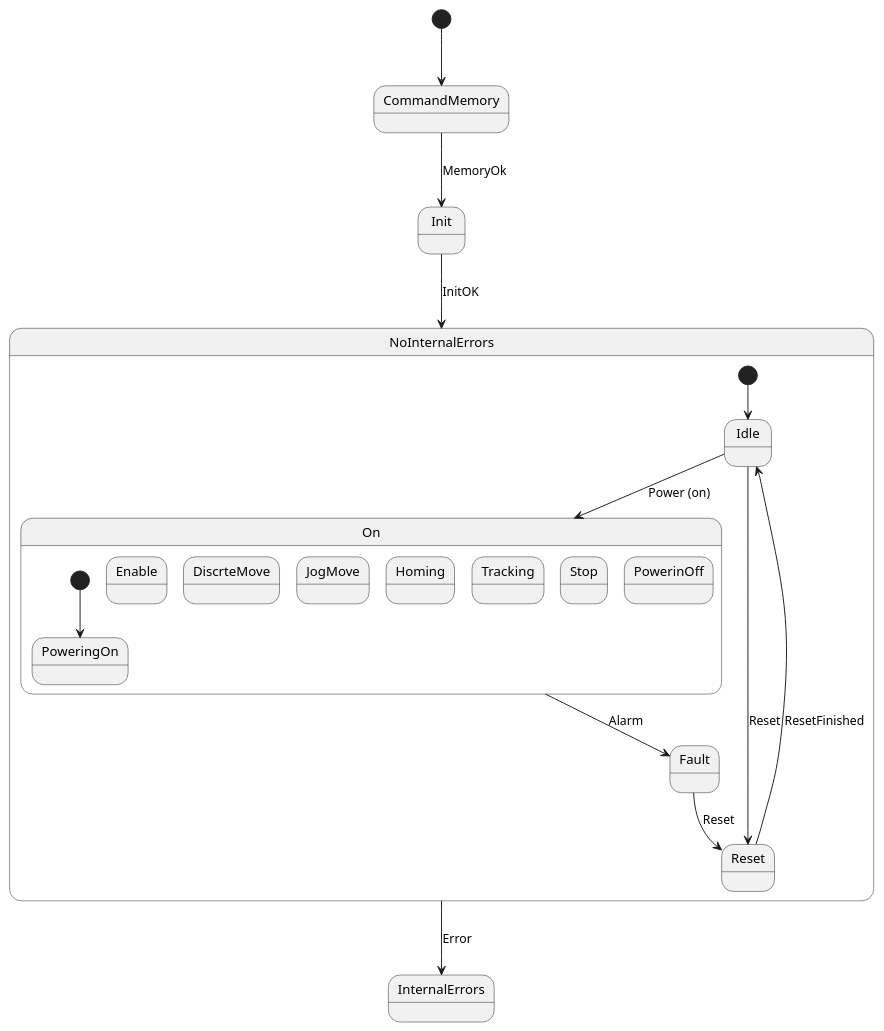
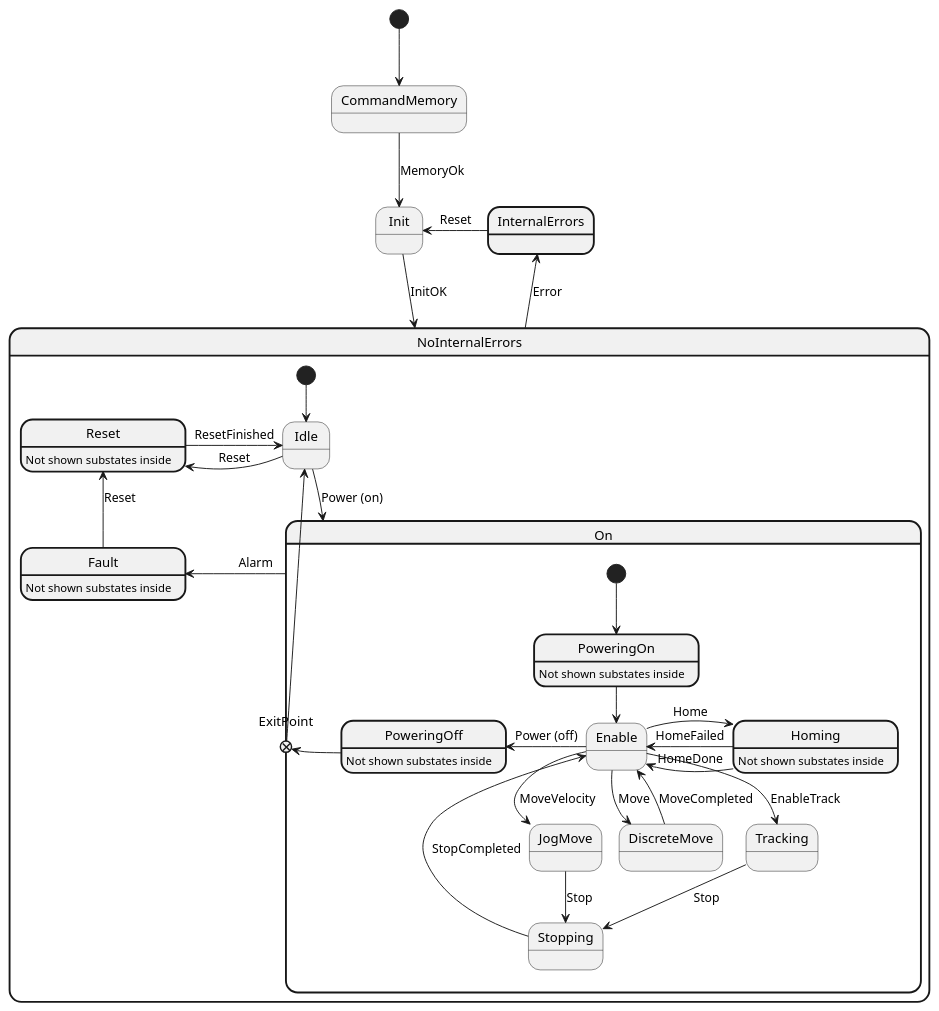
The first of 4 diagrams in 10 Subsystems Azimuth and Elevacion/04 State Machine.md (lsst-ts/ts_tma_tma-documentation_pxi-controller_documentation), drawn with PlantUML before and after one commit. The commit also changed other lines of this file, not shown here.

Commit message:
feat: state machine info for main axes
start documentation for state machine axes

````diff
--- a/10 Subsystems Azimuth and Elevacion/04 State Machine.md
+++ b/10 Subsystems Azimuth and Elevacion/04 State Machine.md
@@ -4,60 +4,65 @@
 ```plantuml
-
 @startuml
 
-state NoInternalErrors {
+state NoInternalErrors ##[bold]{
   
   state Idle  
-  state On {
-    state PoweringOn{
-
-    }
+  state On ##[bold] {
+    state PoweringOn ##[bold]
+    PoweringOn : Not shown substates inside
     state Enable
-    state DiscrteMove
+    state DiscreteMove
     state JogMove
-    state Homing
+    state Homing ##[bold]
+    Homing : Not shown substates inside
     state Tracking
-    state Stop
-    state PowerinOff{
-
-    }
+    state Stopping
+    state PoweringOff ##[bold]
+    PoweringOff : Not shown substates inside
+    state ExitPoint <<exitPoint>> 
     
-
-
     [*] --> PoweringOn
+    PoweringOn --> Enable
+    Enable --> DiscreteMove : Move
+    DiscreteMove --> Enable : MoveCompleted
+    Enable --> JogMove : MoveVelocity
+    JogMove --> Stopping : Stop
+    Stopping -left-> Enable : StopCompleted
+    Enable -right-> Homing : Home
+    Enable --> Tracking : EnableTrack
+    Homing -left-> Enable : HomeDone
+    Homing -left-> Enable : HomeFailed    
+    Tracking --> Stopping : Stop
+    Enable -left-> PoweringOff : Power (off)
+    PoweringOff -left-> ExitPoint
     
-
   }
-  state Fault {
-
-  }
-  state Reset{
-
-  }
+  state Fault ##[bold]
+  Fault : Not shown substates inside
+  state Reset##[bold]
+  Reset : Not shown substates inside
 
   [*] --> Idle
-  Idle --> On : Power (on)
-  On --> Fault : Alarm
-  Fault --> Reset : Reset
-  Idle --> Reset : Reset
-  Reset --> Idle : ResetFinished
+  Idle -down-> On : Power (on)
+  On -left-> Fault : Alarm
+  Fault -up-> Reset : Reset
+  Idle -left-> Reset : Reset
+  Reset -right-> Idle : ResetFinished
+  ExitPoint -up-> Idle
+ 
+}
+
+state InternalErrors ##[bold]
+state CommandMemory
+state Init
 
 
 
-
-  
-}
-
-state InternalErrors {
-}
-
-
-
-[*] --> CommandMemory
-CommandMemory --> Init : MemoryOk
-Init --> NoInternalErrors : InitOK
-NoInternalErrors --> InternalErrors : Error
+[*] -down-> CommandMemory
+CommandMemory -down-> Init : MemoryOk
+Init -down-> NoInternalErrors : InitOK
+NoInternalErrors -up-> InternalErrors : Error
+InternalErrors -left-> Init : Reset
 
 @enduml
-
 ```
````
